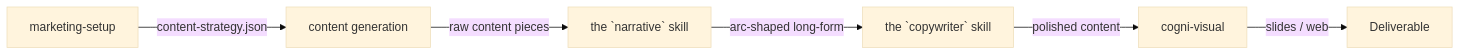
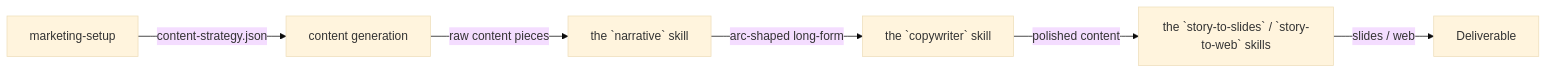
The diagram in docs/workflows/content-pipeline.md (cogni-work/cogni-works), drawn with Mermaid (base theme) before and after one commit. The commit also changed other lines of this file and 6 other files, not shown here.

````diff
--- a/docs/workflows/content-pipeline.md
+++ b/docs/workflows/content-pipeline.md
@@ -7,8 +7,8 @@
 ```mermaid
 graph LR
     A[marketing-setup] -->|content-strategy.json| B[content generation]
     B -->|raw content pieces| N[the `narrative` skill]
     N -->|arc-shaped long-form| C[the `copywriter` skill]
-    C -->|polished content| D[cogni-visual]
+    C -->|polished content| D[the `story-to-slides` / `story-to-web` skills]
     D -->|slides / web| E[Deliverable]
 ```
````
